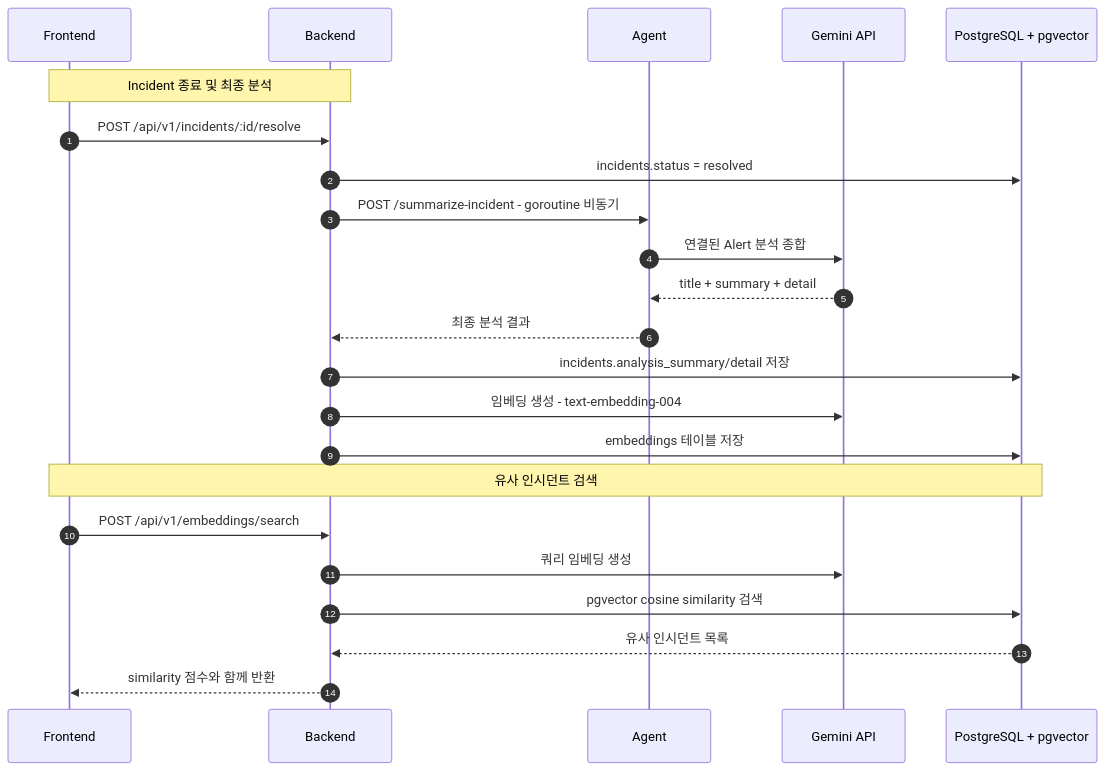
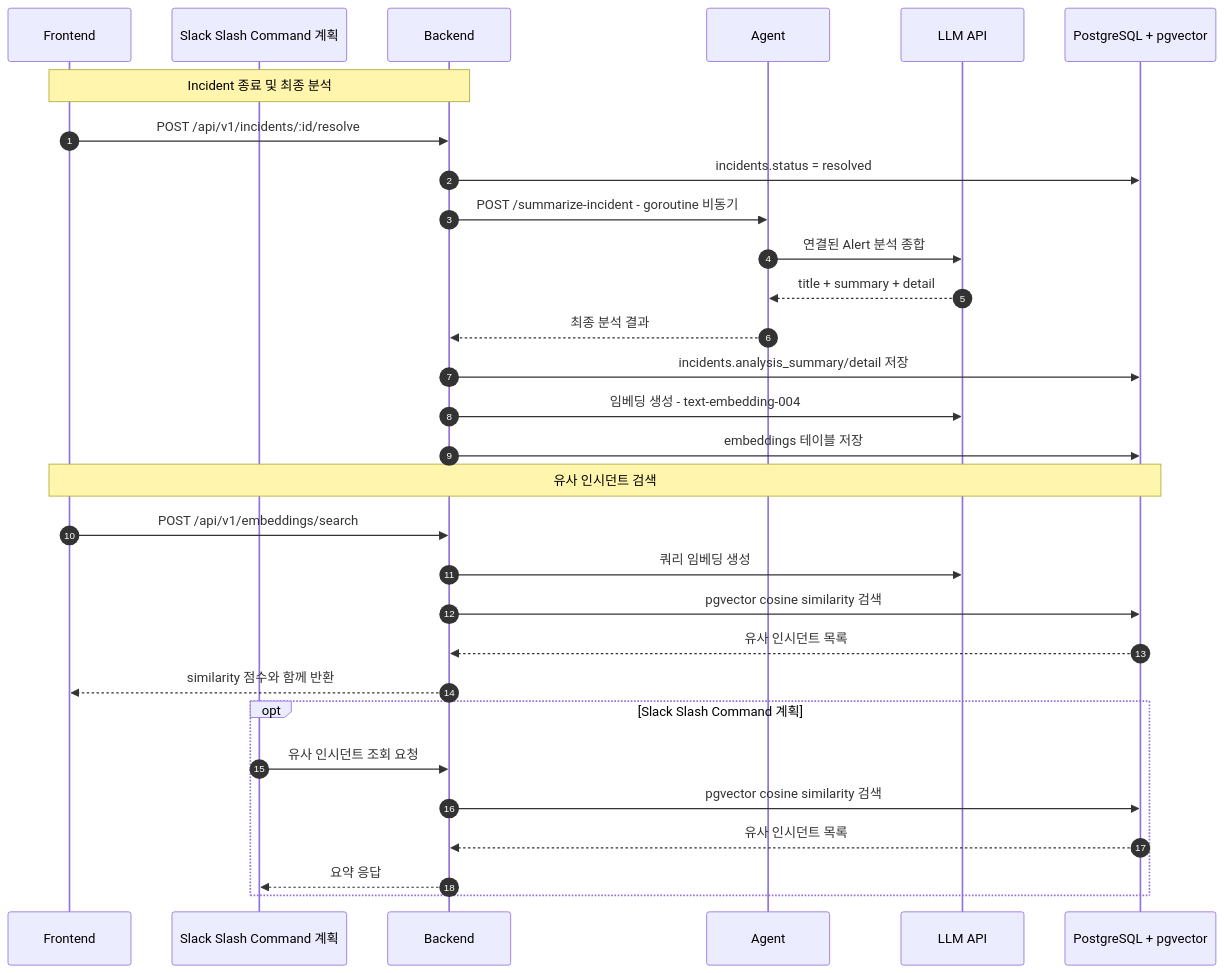
Before and after one commit to kube-rca/kuberca: the diagram in docs/diagrams/incident_analysis_sequence_diagram.md, drawn with Mermaid. The commit also changed 5 other files, not shown here.

Commit message:
docs(diagrams): sync architecture and planned scope

````diff
--- a/docs/diagrams/incident_analysis_sequence_diagram.md
+++ b/docs/diagrams/incident_analysis_sequence_diagram.md
@@ -1,27 +1,35 @@
 ```mermaid
 sequenceDiagram
   autonumber
   participant FE as Frontend
+  participant SC as Slack Slash Command 계획
   participant BE as Backend
   participant AG as Agent
-  participant LLM as Gemini API
+  participant LLM as LLM API
   participant DB as PostgreSQL + pgvector
 
   Note over FE,BE: Incident 종료 및 최종 분석
   FE->>BE: POST /api/v1/incidents/:id/resolve
   BE->>DB: incidents.status = resolved
   BE->>AG: POST /summarize-incident - goroutine 비동기
   AG->>LLM: 연결된 Alert 분석 종합
   LLM-->>AG: title + summary + detail
   AG-->>BE: 최종 분석 결과
   BE->>DB: incidents.analysis_summary/detail 저장
   BE->>LLM: 임베딩 생성 - text-embedding-004
   BE->>DB: embeddings 테이블 저장
 
   Note over FE,DB: 유사 인시던트 검색
   FE->>BE: POST /api/v1/embeddings/search
   BE->>LLM: 쿼리 임베딩 생성
   BE->>DB: pgvector cosine similarity 검색
   DB-->>BE: 유사 인시던트 목록
   BE-->>FE: similarity 점수와 함께 반환
+
+  opt Slack Slash Command 계획
+    SC->>BE: 유사 인시던트 조회 요청
+    BE->>DB: pgvector cosine similarity 검색
+    DB-->>BE: 유사 인시던트 목록
+    BE-->>SC: 요약 응답
+  end
 ```
````
